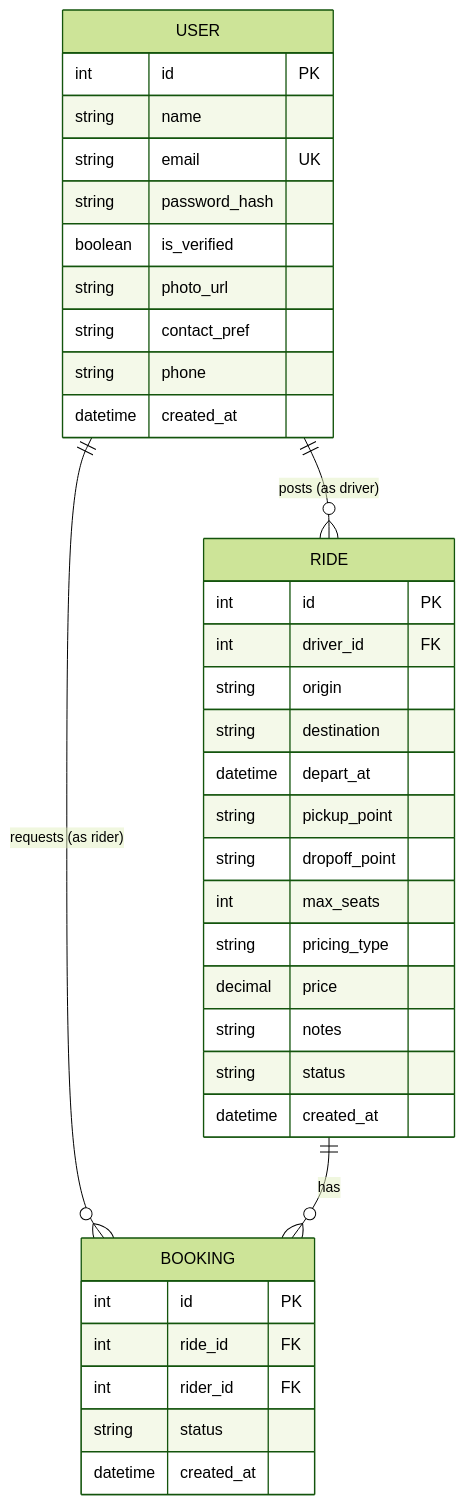
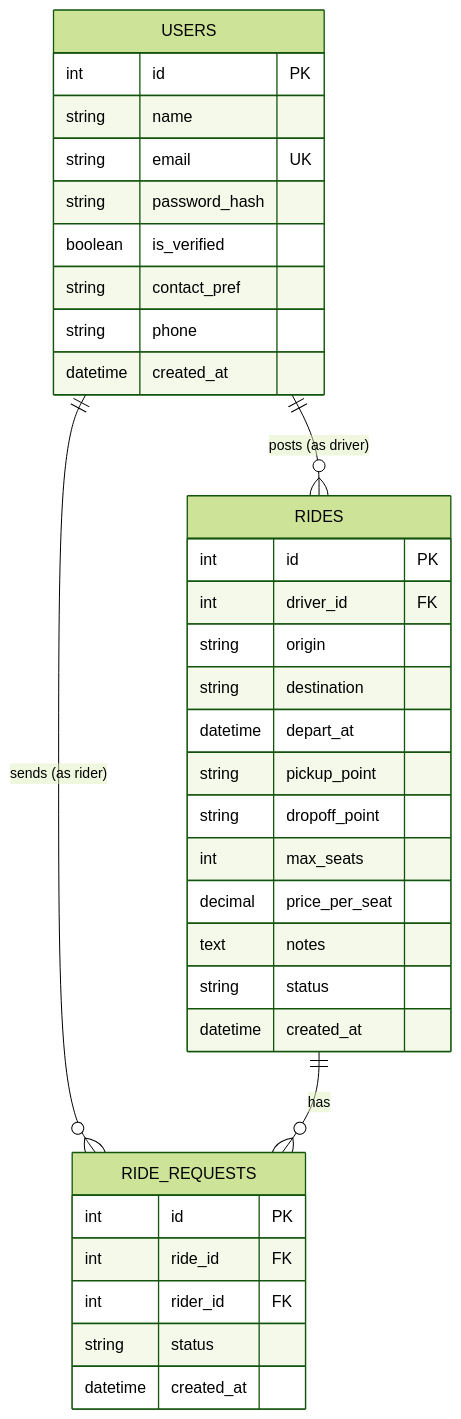
One commit to sabrinajlee/campus-carpool changed the diagram in docs/erd.md. Above: the diagram before and after it, drawn with Mermaid (forest theme). The commit also changed other lines of this file, not shown here.

Commit message:
docs: update ERD to match the models

````diff
--- a/docs/erd.md
+++ b/docs/erd.md
@@ -5,42 +5,40 @@
 ```mermaid
 erDiagram
-    USER ||--o{ RIDE : "posts (as driver)"
-    USER ||--o{ BOOKING : "requests (as rider)"
-    RIDE ||--o{ BOOKING : has
+    USERS ||--o{ RIDES : "posts (as driver)"
+    USERS ||--o{ RIDE_REQUESTS : "sends (as rider)"
+    RIDES ||--o{ RIDE_REQUESTS : has
 
-    USER {
+    USERS {
         int id PK
         string name
         string email UK
         string password_hash
         boolean is_verified
-        string photo_url
         string contact_pref
         string phone
         datetime created_at
     }
 
-    RIDE {
+    RIDES {
         int id PK
         int driver_id FK
         string origin
         string destination
         datetime depart_at
         string pickup_point
         string dropoff_point
         int max_seats
-        string pricing_type
-        decimal price
-        string notes
+        decimal price_per_seat
+        text notes
         string status
         datetime created_at
     }
 
-    BOOKING {
+    RIDE_REQUESTS {
         int id PK
         int ride_id FK
         int rider_id FK
         string status
         datetime created_at
     }
 ```
````
